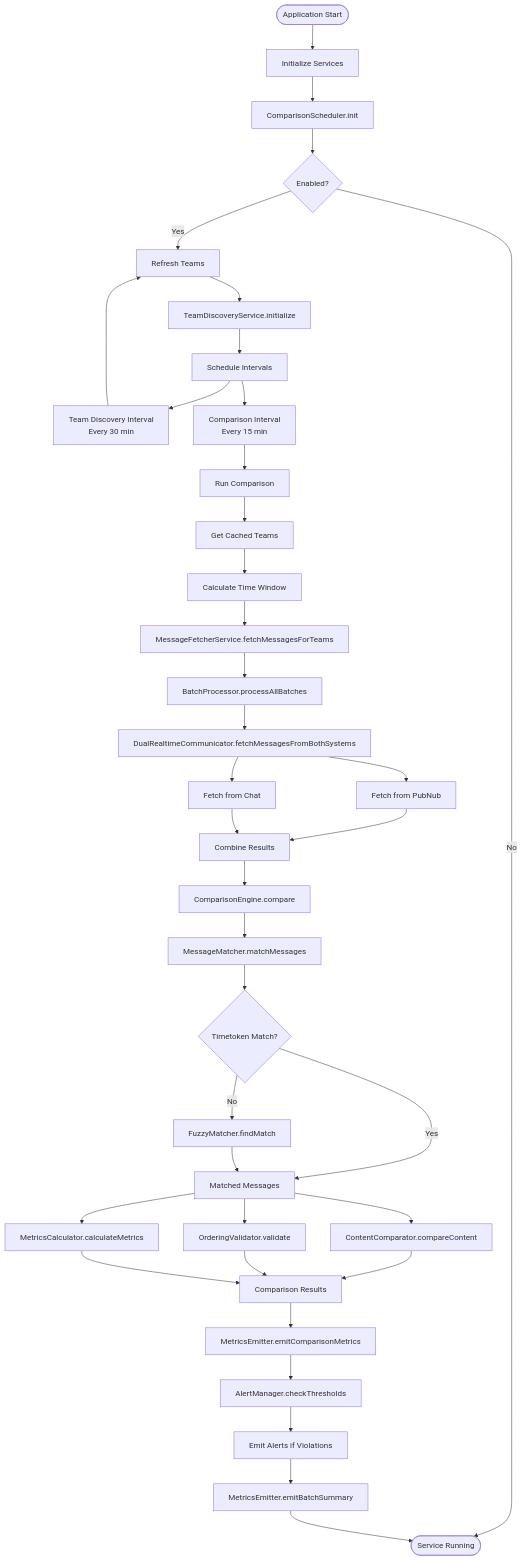
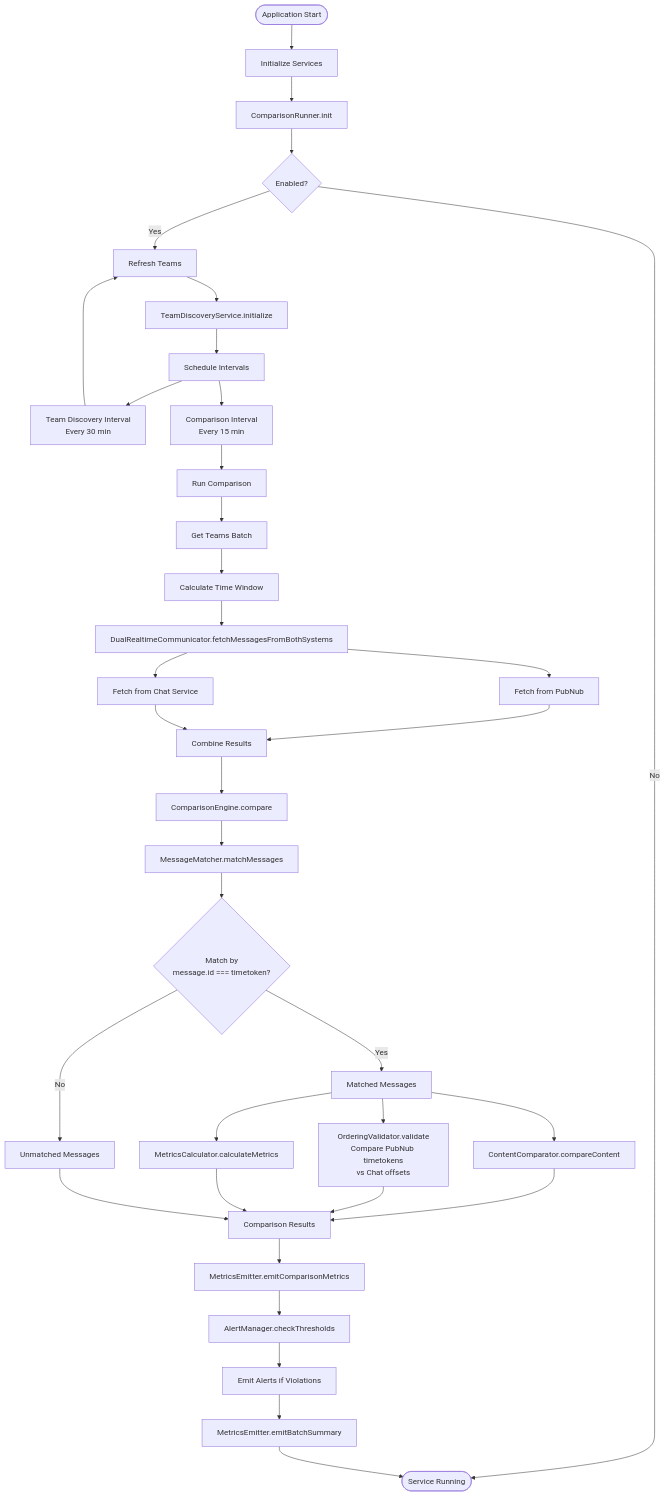
One commit to ilyara-ma/mychat-comparison-service changed the first of 2 diagrams in README.md. Above: the diagram before and after it, drawn with Mermaid. The commit also changed other lines of this file and 18 other files, not shown here.

````diff
--- a/README.md
+++ b/README.md
@@ -21,48 +21,46 @@
 ```mermaid
 flowchart TD
     Start([Application Start]) --> Init[Initialize Services]
-    Init --> Scheduler[ComparisonScheduler.init]
-    Scheduler --> StartScheduler{Enabled?}
-    StartScheduler -->|Yes| RefreshTeams[Refresh Teams]
-    StartScheduler -->|No| Stop([Service Running])
+    Init --> Runner[ComparisonRunner.init]
+    Runner --> StartRunner{Enabled?}
+    StartRunner -->|Yes| RefreshTeams[Refresh Teams]
+    StartRunner -->|No| Stop([Service Running])
     
     RefreshTeams --> TeamDiscovery[TeamDiscoveryService.initialize]
     TeamDiscovery --> ScheduleIntervals[Schedule Intervals]
     ScheduleIntervals --> TeamInterval[Team Discovery Interval<br/>Every 30 min]
     ScheduleIntervals --> ComparisonInterval[Comparison Interval<br/>Every 15 min]
     
     ComparisonInterval --> RunComparison[Run Comparison]
-    RunComparison --> GetTeams[Get Cached Teams]
+    RunComparison --> GetTeams[Get Teams Batch]
     GetTeams --> CalculateWindow[Calculate Time Window]
-    CalculateWindow --> FetchMessages[MessageFetcherService.fetchMessagesForTeams]
+    CalculateWindow --> DualFetch[DualRealtimeCommunicator.fetchMessagesFromBothSystems]
     
-    FetchMessages --> BatchProcess[BatchProcessor.processAllBatches]
-    BatchProcess --> DualFetch[DualRealtimeCommunicator.fetchMessagesFromBothSystems]
     DualFetch --> PubNubFetch[Fetch from PubNub]
-    DualFetch --> ChatFetch[Fetch from Chat]
+    DualFetch --> ChatFetch[Fetch from Chat Service]
     PubNubFetch --> CombineResults[Combine Results]
     ChatFetch --> CombineResults
     
     CombineResults --> Compare[ComparisonEngine.compare]
     Compare --> Match[MessageMatcher.matchMessages]
-    Match --> TimetokenMatch{Timetoken Match?}
+    Match --> TimetokenMatch{Match by<br/>message.id === timetoken?}
     TimetokenMatch -->|Yes| Matched[Matched Messages]
-    TimetokenMatch -->|No| FuzzyMatch[FuzzyMatcher.findMatch]
-    FuzzyMatch --> Matched
+    TimetokenMatch -->|No| Unmatched[Unmatched Messages]
     
     Matched --> ContentCompare[ContentComparator.compareContent]
-    Matched --> OrderingValidate[OrderingValidator.validate]
+    Matched --> OrderingValidate[OrderingValidator.validate<br/>Compare PubNub timetokens<br/>vs Chat offsets]
     Matched --> MetricsCalc[MetricsCalculator.calculateMetrics]
     
     ContentCompare --> Results[Comparison Results]
     OrderingValidate --> Results
     MetricsCalc --> Results
+    Unmatched --> Results
     
     Results --> EmitMetrics[MetricsEmitter.emitComparisonMetrics]
     EmitMetrics --> CheckThresholds[AlertManager.checkThresholds]
     CheckThresholds --> EmitAlerts[Emit Alerts if Violations]
     EmitAlerts --> BatchSummary[MetricsEmitter.emitBatchSummary]
     BatchSummary --> Stop
     
     TeamInterval --> RefreshTeams
 ```
````
